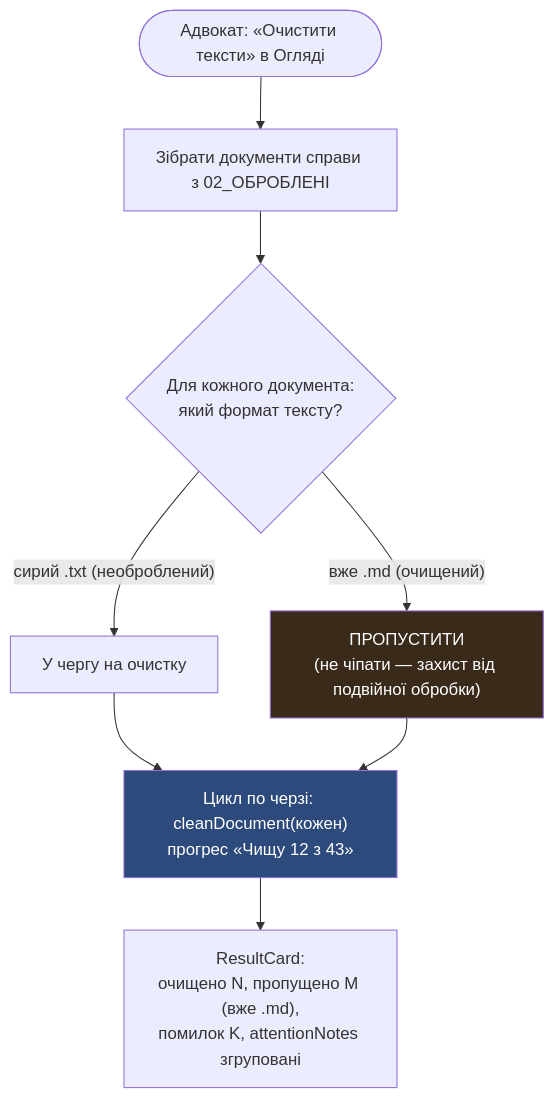
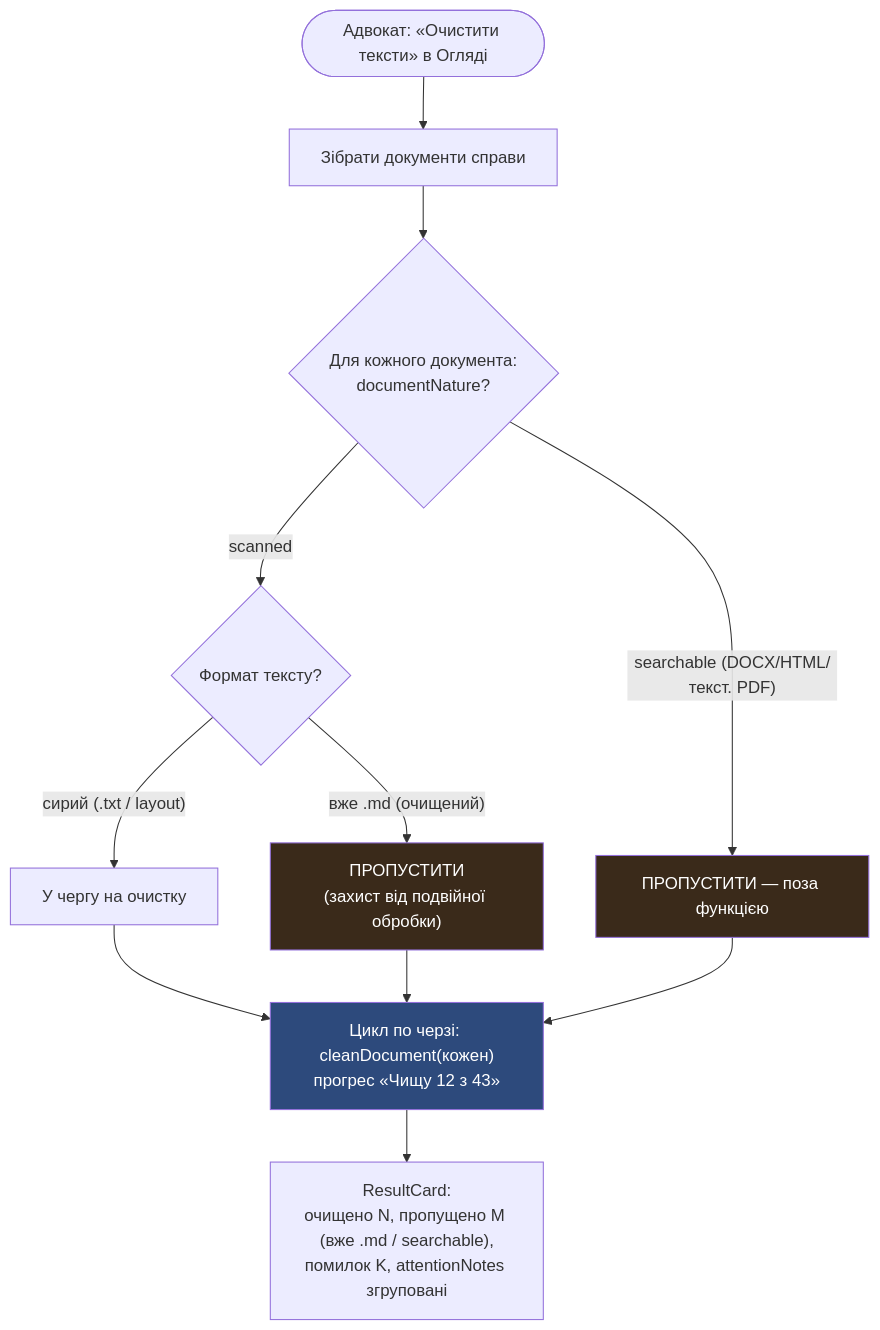
The third of 4 diagrams in docs/mermaid/flow_clean_text.md (vadymlevyt/registry), drawn with Mermaid before and after one commit. The commit also changed other lines of this file, not shown here.

First line of the commit message:
docs(task3): mermaid — скоуп тільки scanned, searchable ігнорується

````diff
--- a/docs/mermaid/flow_clean_text.md
+++ b/docs/mermaid/flow_clean_text.md
@@ -108,16 +138,21 @@
 ```mermaid
 flowchart TD
-    Click(["Адвокат: «Очистити тексти» в Огляді"]) --> Scan["Зібрати документи справи з 02_ОБРОБЛЕНІ"]
-    Scan --> Filter{"Для кожного документа:<br/>який формат тексту?"}
+    Click(["Адвокат: «Очистити тексти» в Огляді"]) --> Scan["Зібрати документи справи"]
+    Scan --> ScopeF{"Для кожного документа:<br/>documentNature?"}
 
-    Filter -->|"вже .md (очищений)"| Skip["ПРОПУСТИТИ<br/>(не чіпати — захист від подвійної обробки)"]
-    Filter -->|"сирий .txt (необроблений)"| Queue["У чергу на очистку"]
+    ScopeF -->|"searchable (DOCX/HTML/текст. PDF)"| SkipS["ПРОПУСТИТИ — поза функцією"]
+    ScopeF -->|"scanned"| Filter{"Формат тексту?"}
+
+    Filter -->|"вже .md (очищений)"| Skip["ПРОПУСТИТИ<br/>(захист від подвійної обробки)"]
+    Filter -->|"сирий (.txt / layout)"| Queue["У чергу на очистку"]
 
     Queue --> Loop["Цикл по черзі: cleanDocument(кожен)<br/>прогрес «Чищу 12 з 43»"]
     Skip --> Loop
+    SkipS --> Loop
 
-    Loop --> Result["ResultCard:<br/>очищено N, пропущено M (вже .md),<br/>помилок K, attentionNotes згруповані"]
+    Loop --> Result["ResultCard:<br/>очищено N, пропущено M (вже .md / searchable),<br/>помилок K, attentionNotes згруповані"]
 
+    style SkipS fill:#3a2a1a,color:#fff
     style Skip fill:#3a2a1a,color:#fff
     style Loop fill:#2d4a7c,color:#fff
 ```
````
